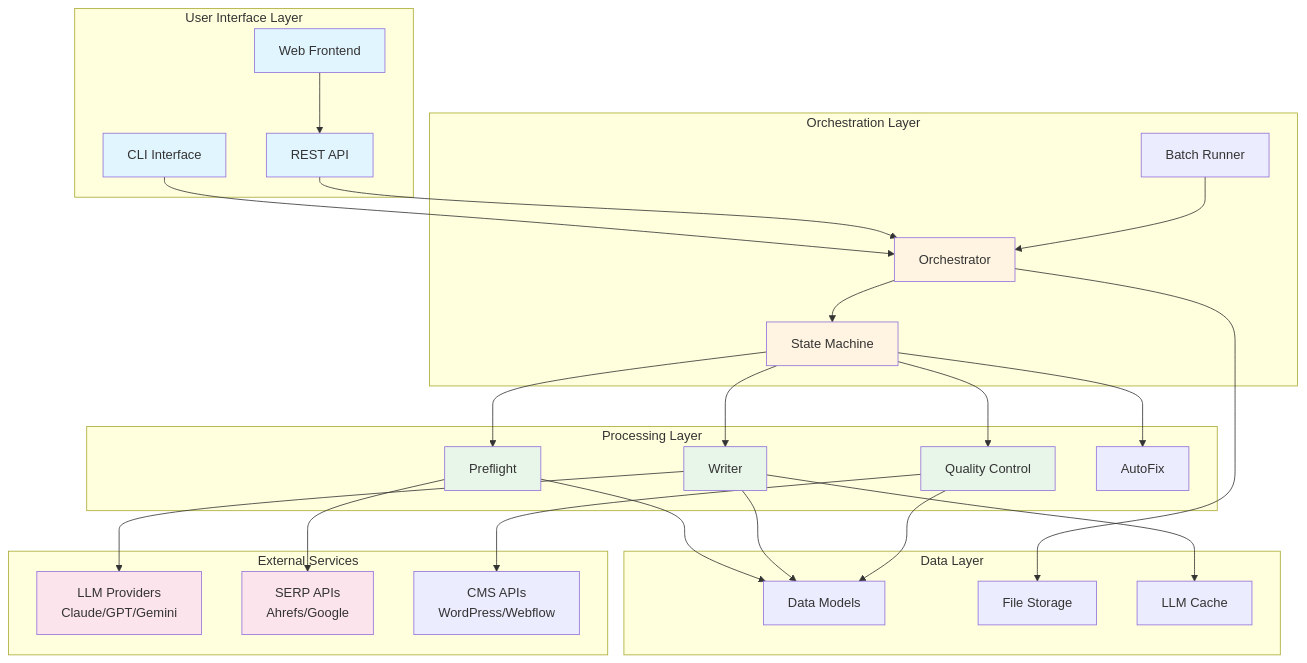
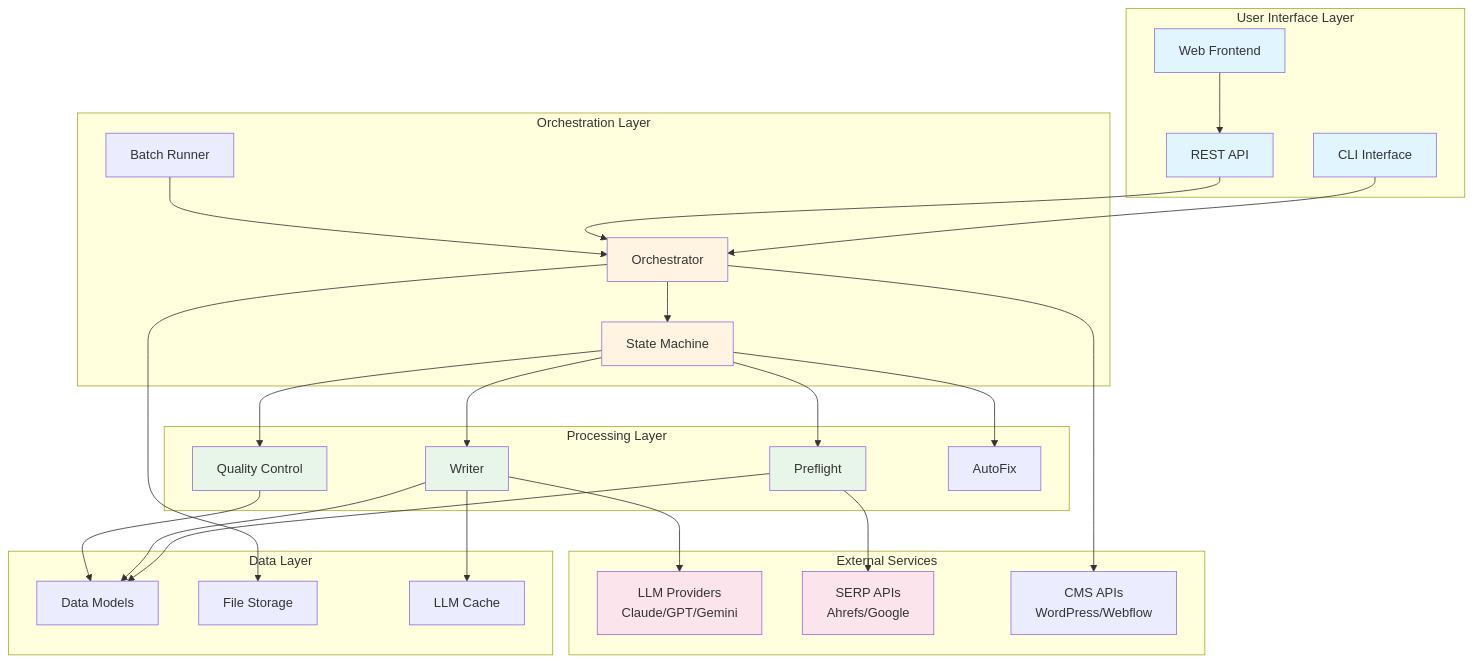
The first of 9 diagrams in docs/architecture/system_architecture.md (robwestz/BACOWR), drawn with Mermaid before and after one commit. The commit also changed other lines of this file and 2 other files, not shown here.

````diff
--- a/docs/architecture/system_architecture.md
+++ b/docs/architecture/system_architecture.md
@@ -26,66 +26,66 @@
 ```mermaid
 graph TB
     subgraph "User Interface Layer"
         WEB[Web Frontend]
         API[REST API]
         CLI[CLI Interface]
     end
 
     subgraph "Orchestration Layer"
         ORCH[Orchestrator]
         BATCH[Batch Runner]
         STATE[State Machine]
     end
 
     subgraph "Processing Layer"
         PRE[Preflight]
         WRITE[Writer]
         QC[Quality Control]
         RESCUE[AutoFix]
     end
 
     subgraph "Data Layer"
         MODELS[Data Models]
         STORAGE[File Storage]
         CACHE[LLM Cache]
     end
 
     subgraph "External Services"
         LLM[LLM Providers<br/>Claude/GPT/Gemini]
         SERP[SERP APIs<br/>Ahrefs/Google]
         CMS[CMS APIs<br/>WordPress/Webflow]
     end
 
     WEB --> API
     CLI --> ORCH
     API --> ORCH
     ORCH --> STATE
     STATE --> PRE
     STATE --> WRITE
     STATE --> QC
     STATE --> RESCUE
 
     PRE --> MODELS
     WRITE --> MODELS
     QC --> MODELS
 
     ORCH --> STORAGE
     WRITE --> CACHE
 
     PRE --> SERP
     WRITE --> LLM
-    QC --> CMS
+    ORCH --> CMS
 
     BATCH --> ORCH
 
     style WEB fill:#e1f5ff
     style API fill:#e1f5ff
     style CLI fill:#e1f5ff
     style ORCH fill:#fff4e1
     style STATE fill:#fff4e1
     style PRE fill:#e8f5e9
     style WRITE fill:#e8f5e9
     style QC fill:#e8f5e9
     style LLM fill:#fce4ec
     style SERP fill:#fce4ec
 ```
````
